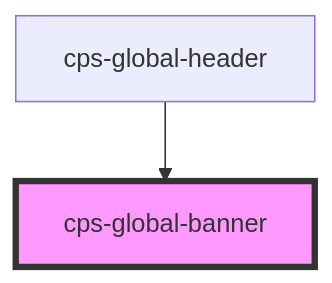
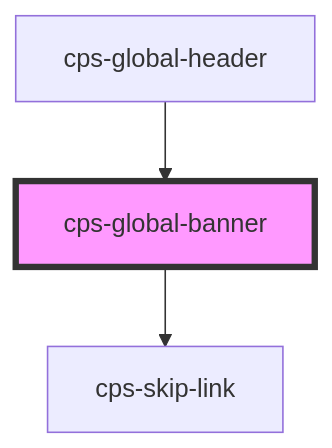
The diagram in packages/cps-global-components/src/components/cps-global-banner/readme.md (CPS-Innovation/global-components), drawn with Mermaid before and after one commit. The commit also changed other lines of this file and 3 other files, not shown here.

Commit message:
#FCT2-12204 - skip to main content goes to a target div we create ourselves directly beneath the global nav; make SkipLink responsible for creating the target (Single Responsibility) (#664)

````diff
--- a/packages/cps-global-components/src/components/cps-global-banner/readme.md
+++ b/packages/cps-global-components/src/components/cps-global-banner/readme.md
@@ -15,5 +19,6 @@
 ```mermaid
 graph TD;
+  cps-global-banner --> cps-skip-link
   cps-global-header --> cps-global-banner
   style cps-global-banner fill:#f9f,stroke:#333,stroke-width:4px
 ```
````
